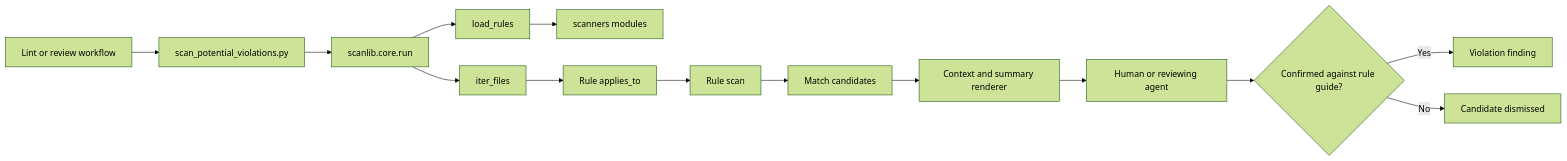
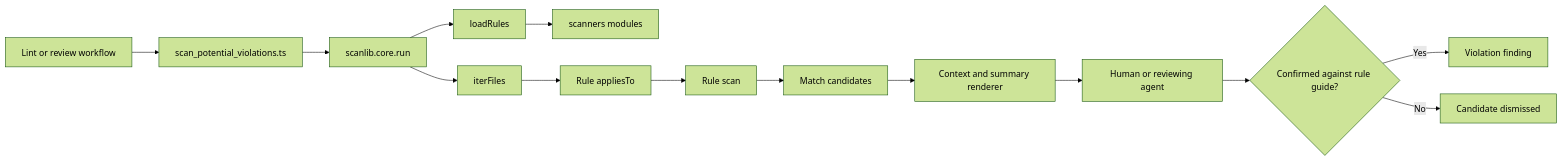
The first of 2 diagrams in ARCHITECTURE.md (alvis/.agent), drawn with Mermaid (forest theme) before and after one commit. The commit also changed other lines of this file and 114 other files, not shown here.

````diff
--- a/ARCHITECTURE.md
+++ b/ARCHITECTURE.md
@@ -29,16 +29,16 @@
 ```mermaid
 flowchart LR
-    Caller[Lint or review workflow] --> CLI[scan_potential_violations.py]
+    Caller[Lint or review workflow] --> CLI[scan_potential_violations.ts]
     CLI --> Engine[scanlib.core.run]
-    Engine --> Loader[load_rules]
+    Engine --> Loader[loadRules]
     Loader --> Modules[scanners modules]
-    Engine --> Files[iter_files]
-    Files --> Predicate[Rule applies_to]
+    Engine --> Files[iterFiles]
+    Files --> Predicate[Rule appliesTo]
     Predicate --> Scanner[Rule scan]
     Scanner --> Matches[Match candidates]
     Matches --> Renderer[Context and summary renderer]
     Renderer --> Reviewer[Human or reviewing agent]
     Reviewer --> Decision{Confirmed against rule guide?}
     Decision -->|Yes| Finding[Violation finding]
     Decision -->|No| Dismissed[Candidate dismissed]
 ```
````
